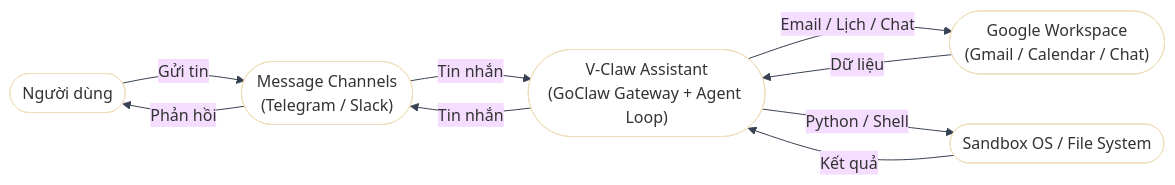
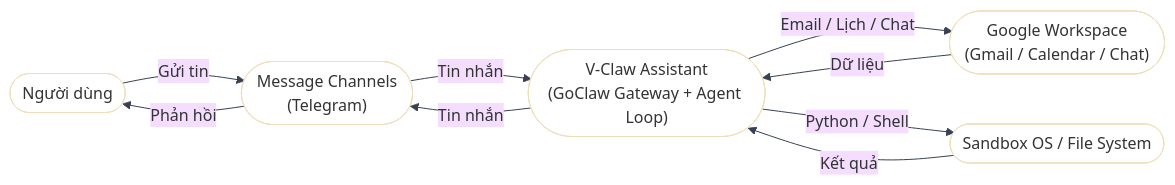
The first of 2 diagrams in docs/01-system-design.md (AI26-V-Claw/V-Claw), drawn with Mermaid before and after one commit. The commit also changed other lines of this file and 29 other files, not shown here.

````diff
--- a/docs/01-system-design.md
+++ b/docs/01-system-design.md
@@ -3,22 +3,22 @@
 ```mermaid
 %%{init: {"theme": "base", "themeVariables": {"background": "#ffffff", "mainBkg": "#ffffff", "darkMode": false, "lineColor": "#374151"}}}%%
 flowchart LR
     user(["Người dùng"])
     vclaw(["V-Claw Assistant\n(GoClaw Gateway + Agent Loop)"])
 
     gws(["Google Workspace\n(Gmail / Calendar / Chat)"])
-    msg(["Message Channels\n(Telegram / Slack)"])
+    msg(["Message Channels\n(Telegram)"])
     sandbox(["Sandbox OS / File System"])
 
     user --> |"Gửi tin"| msg
     msg --> |"Phản hồi"| user
 
     msg --> |"Tin nhắn"| vclaw
     vclaw --> |"Tin nhắn"| msg
 
     vclaw --> |"Email / Lịch / Chat"| gws
     gws --> |"Dữ liệu"| vclaw
 
     vclaw --> |"Python / Shell"| sandbox
     sandbox --> |"Kết quả"| vclaw
 ```
````
